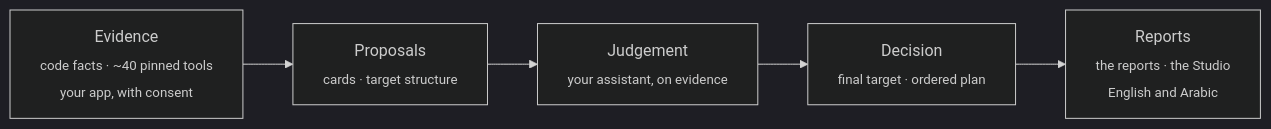
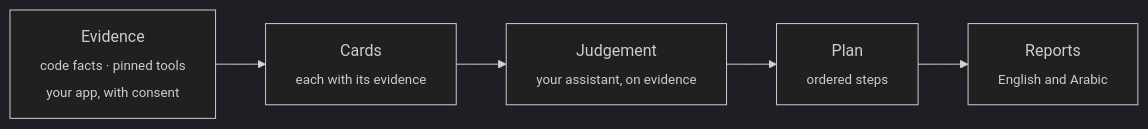
One commit to eom1417/engineering-audit-os changed the diagram in README.md. Above: the diagram before and after it, drawn with Mermaid (dark theme). The commit also changed other lines of this file and 33 other files, not shown here.

````diff
--- a/README.md
+++ b/README.md
@@ -139,7 +106,7 @@
 ```mermaid
 flowchart LR
-  A["Evidence<br/><sub>code facts · ~40 pinned tools<br/>your app, with consent</sub>"] --> B["Proposals<br/><sub>cards · target structure</sub>"]
+  A["Evidence<br/><sub>code facts · pinned tools<br/>your app, with consent</sub>"] --> B["Cards<br/><sub>each with its evidence</sub>"]
   B --> C["Judgement<br/><sub>your assistant, on evidence</sub>"]
-  C --> D["Decision<br/><sub>final target · ordered plan</sub>"]
-  D --> E["Reports<br/><sub>the reports · the Studio<br/>English and Arabic</sub>"]
+  C --> D["Plan<br/><sub>ordered steps</sub>"]
+  D --> E["Reports<br/><sub>English and Arabic</sub>"]
 ```
````
